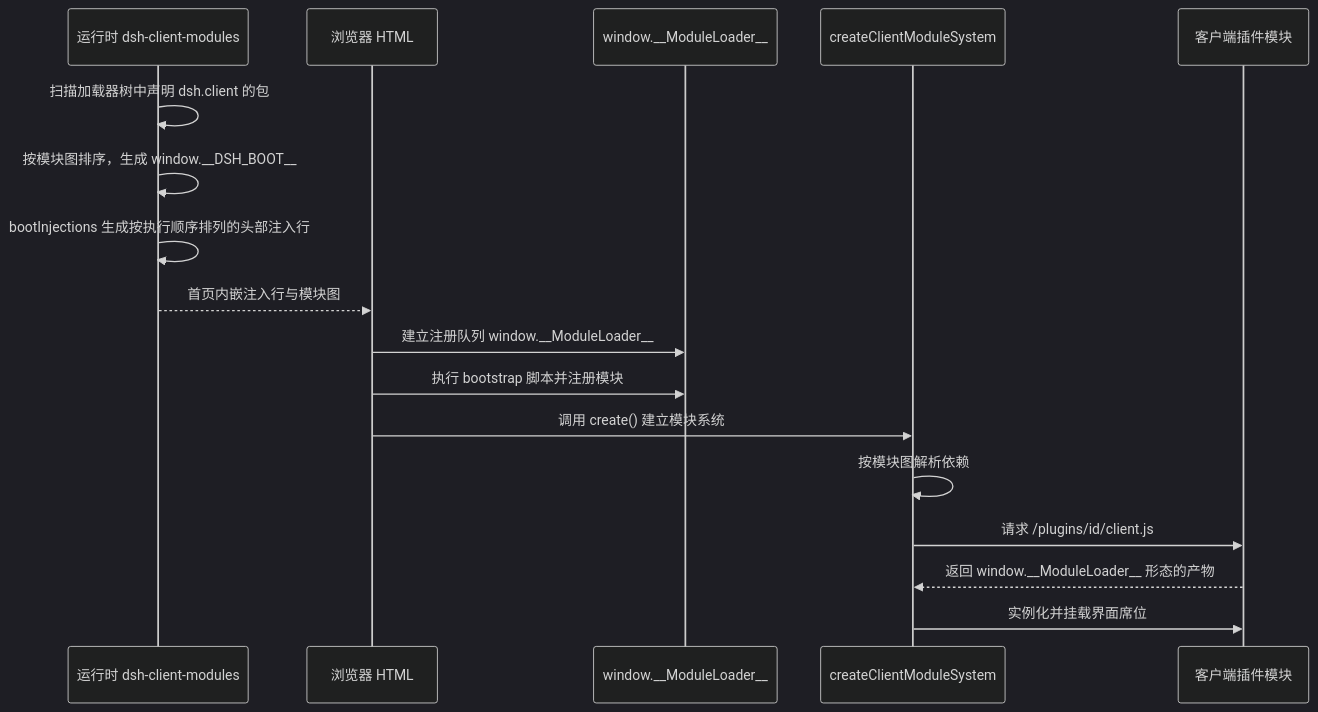
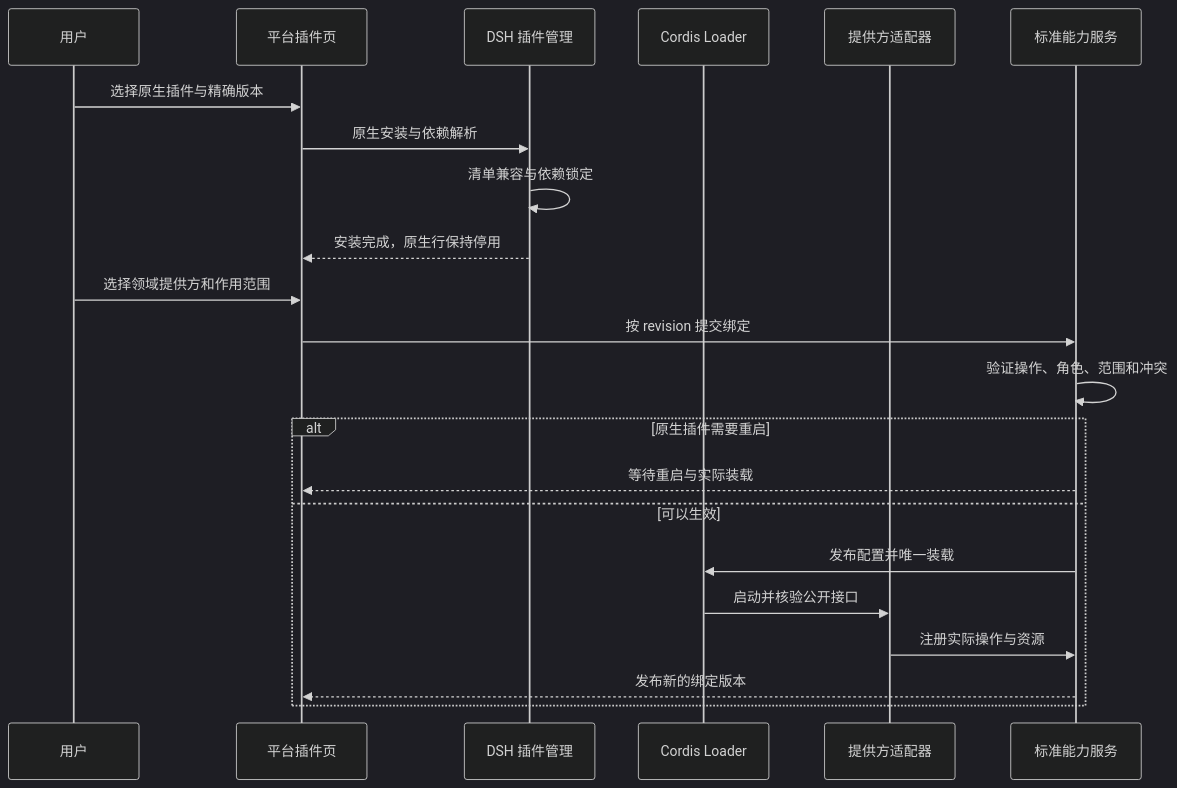
Before and after one commit to wenzetan/chatdsh: the second of 8 diagrams in runtime/docs/architecture-diagram.md, drawn with Mermaid (dark theme). The commit also changed other lines of this file and 32 other files, not shown here.

First line of the commit message:
📝 docs(architecture): 定义插件能力接口与项目智能体架构 / define plugin capability interfaces and project agent architecture

````diff
--- a/runtime/docs/architecture-diagram.md
+++ b/runtime/docs/architecture-diagram.md
@@ -255,19 +31,24 @@
 ```mermaid
 sequenceDiagram
-  participant H as 运行时 dsh-client-modules
-  participant P as 浏览器 HTML
-  participant M as window.__ModuleLoader__
-  participant C as createClientModuleSystem
-  participant E as 客户端插件模块
-  H->>H: 扫描加载器树中声明 dsh.client 的包
-  H->>H: 按模块图排序，生成 window.__DSH_BOOT__
-  H->>H: bootInjections 生成按执行顺序排列的头部注入行
-  H-->>P: 首页内嵌注入行与模块图
-  P->>M: 建立注册队列 window.__ModuleLoader__
-  P->>M: 执行 bootstrap 脚本并注册模块
-  P->>C: 调用 create() 建立模块系统
-  C->>C: 按模块图解析依赖
-  C->>E: 请求 /plugins/id/client.js
-  E-->>C: 返回 window.__ModuleLoader__ 形态的产物
-  C->>E: 实例化并挂载界面席位
+  participant U as 用户
+  participant P as 平台插件页
+  participant D as DSH 插件管理
+  participant L as Cordis Loader
+  participant A as 提供方适配器
+  participant C as 标准能力服务
+  U->>P: 选择原生插件与精确版本
+  P->>D: 原生安装与依赖解析
+  D->>D: 清单兼容与依赖锁定
+  D-->>P: 安装完成，原生行保持停用
+  U->>P: 选择领域提供方和作用范围
+  P->>C: 按 revision 提交绑定
+  C->>C: 验证操作、角色、范围和冲突
+  alt 原生插件需要重启
+    C-->>P: 等待重启与实际装载
+  else 可以生效
+    C->>L: 发布配置并唯一装载
+    L->>A: 启动并核验公开接口
+    A->>C: 注册实际操作与资源
+    C-->>P: 发布新的绑定版本
+  end
 ```
````
